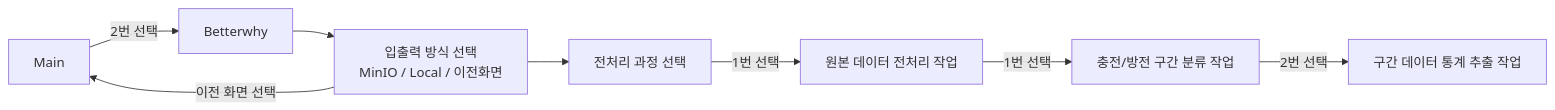
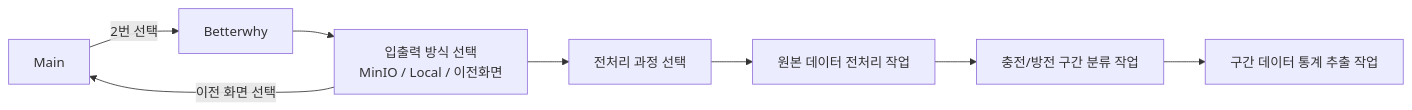
Before and after one commit to WO2IN/posAppSystem: the diagram in readme.md, drawn with Mermaid.

````diff
--- a/readme.md
+++ b/readme.md
@@ -1,13 +1,13 @@
 ```mermaid
 graph LR;
     Main --> |2번 선택|betterwhy[Betterwhy]
     
     betterwhy --> input/output[입출력 방식 선택<br>MinIO / Local / 이전화면]
 
     input/output --> preproc_select[전처리 과정 선택]
     input/output --> |이전 화면 선택|Main
 
-    preproc_select --> |1번 선택|frist_preproc[원본 데이터 전처리 작업]
-    frist_preproc --> |1번 선택|classify_charging[충전/방전 구간 분류 작업]
-    classify_charging --> |2번 선택|section_statistics[구간 데이터 통계 추출 작업]
+    preproc_select --> frist_preproc[원본 데이터 전처리 작업]
+    frist_preproc --> classify_charging[충전/방전 구간 분류 작업]
+    classify_charging --> section_statistics[구간 데이터 통계 추출 작업]
 ```
````
